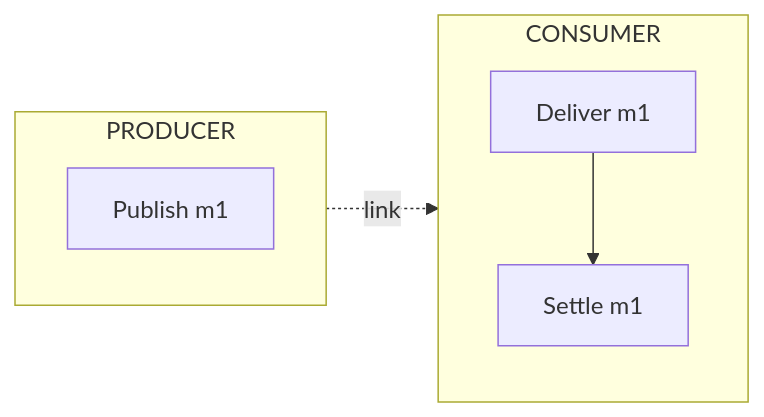
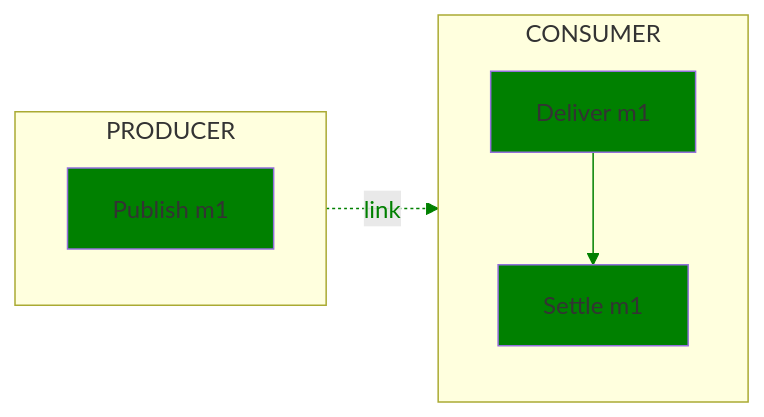
Before and after one commit to open-telemetry/oteps: the fourth of 13 diagrams in text/trace/0220-messaging-semantic-conventions-span-structure.md, drawn with Mermaid. The commit also changed other lines of this file, not shown here.

Commit message:
Fix mermaid colors

````diff
--- a/text/trace/0220-messaging-semantic-conventions-span-structure.md
+++ b/text/trace/0220-messaging-semantic-conventions-span-structure.md
@@ -340,12 +348,16 @@
 ```mermaid
 flowchart LR;
   subgraph PRODUCER
     direction TB
     PM1[Publish m1]
   end
   subgraph CONSUMER
     direction TB
     DM1[Deliver m1]-->S1[Settle m1]
   end
   PM1-. link .->DM1;
+
+  classDef normal fill:green
+  class PM1,DM1,S1 normal
+  linkStyle 0,1 color:green,stroke:green
 ```
````
